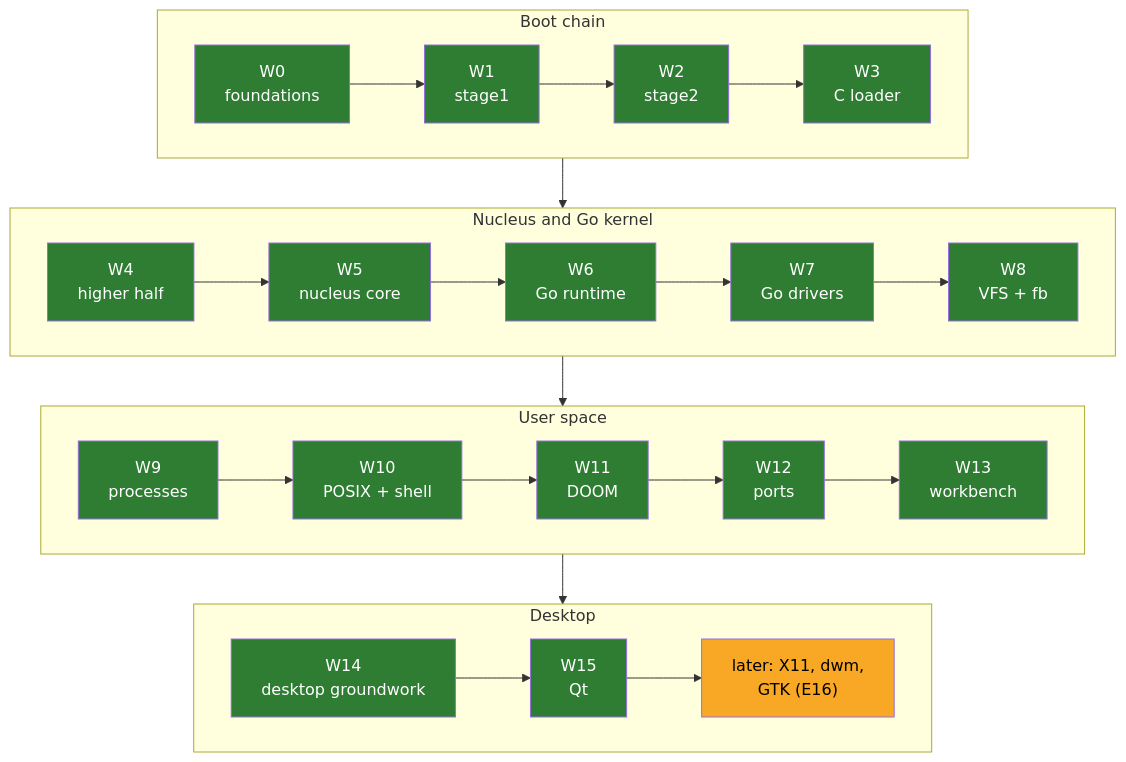
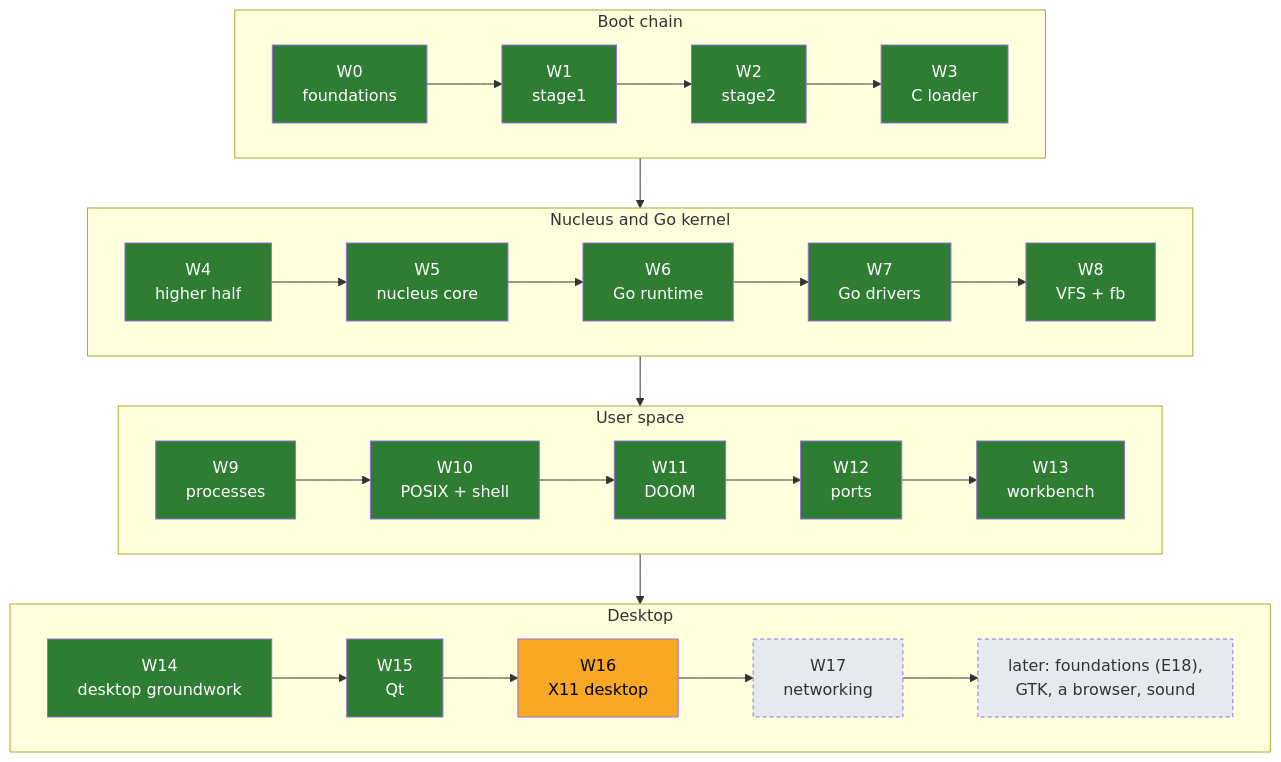
One commit to decagondev/burrow changed the diagram in docs/04-plan/ROADMAP.md. Above: the diagram before and after it, drawn with Mermaid. The commit also changed other lines of this file and 5 other files, not shown here.

First line of the commit message:
Plan Waves 16 and 17: an X11 desktop and networking

````diff
--- a/docs/04-plan/ROADMAP.md
+++ b/docs/04-plan/ROADMAP.md
@@ -24,25 +26,26 @@
 ```mermaid
 flowchart TB
     subgraph boot["Boot chain"]
         direction LR
         W0["W0<br/>foundations"] --> W1["W1<br/>stage1"] --> W2["W2<br/>stage2"] --> W3["W3<br/>C loader"]
     end
     subgraph core["Nucleus and Go kernel"]
         direction LR
         W4["W4<br/>higher half"] --> W5["W5<br/>nucleus core"] --> W6["W6<br/>Go runtime"] --> W7["W7<br/>Go drivers"] --> W8["W8<br/>VFS + fb"]
     end
     subgraph unix["User space"]
         direction LR
         W9["W9<br/>processes"] --> W10["W10<br/>POSIX + shell"] --> W11["W11<br/>DOOM"] --> W12["W12<br/>ports"] --> W13["W13<br/>workbench"]
     end
     subgraph desk["Desktop"]
         direction LR
-        W14["W14<br/>desktop groundwork"] --> W15["W15<br/>Qt"] --> X["later: X11, dwm,<br/>GTK (E16)"]
+        W14["W14<br/>desktop groundwork"] --> W15["W15<br/>Qt"] --> W16["W16<br/>X11 desktop"] --> W17["W17<br/>networking"] --> X["later: foundations (E18),<br/>GTK, a browser, sound"]
     end
     boot --> core --> unix --> desk
     classDef done fill:#2e7d32,color:#fff;
     classDef next fill:#f9a825,color:#000;
     classDef later fill:#e6eaee,color:#333,stroke-dasharray: 4 3;
     class W0,W1,W2,W3,W4,W5,W6,W7,W8,W9,W10,W11,W12,W13,W14,W15 done;
-    class X next;
+    class W16 next;
+    class W17,X later;
 ```
````
